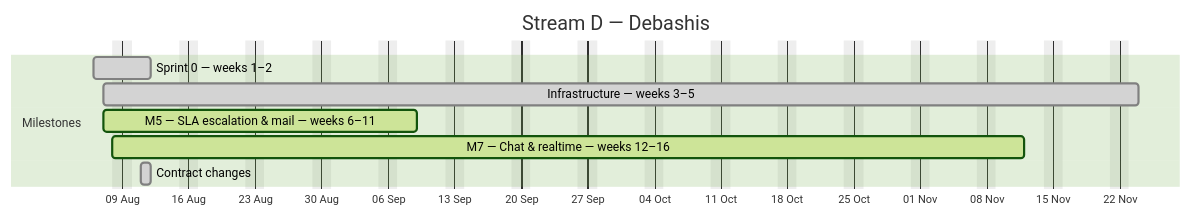
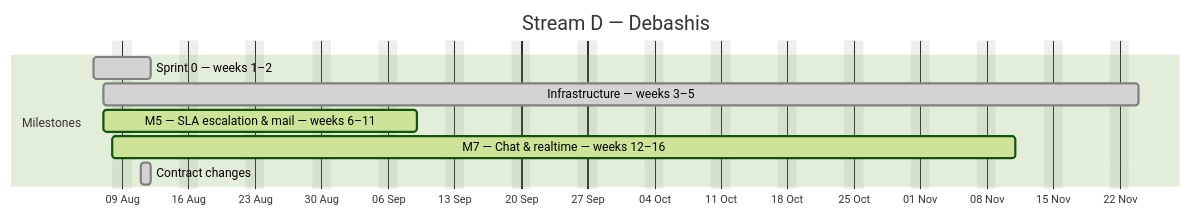
Before and after one commit to debashisedunext/EduTrack: the fourth of 4 diagrams in docs/plan/GANTT.md, drawn with Mermaid (forest theme). The commit also changed other lines of this file and 3 other files, not shown here.

````diff
--- a/docs/plan/GANTT.md
+++ b/docs/plan/GANTT.md
@@ -167,13 +167,13 @@
 ```mermaid
 gantt
     dateFormat YYYY-MM-DD
     axisFormat %d %b
     title Stream D — Debashis
     excludes weekends
     section Milestones
     Sprint 0 — weeks 1–2 :done, d0, 2026-08-06, 4d
     Infrastructure — weeks 3–5 :done, d1, 2026-08-07, 77d
     M5 — SLA  escalation & mail — weeks 6–11 :active, d2, 2026-08-07, 23d
-    M7 — Chat & realtime — weeks 12–16 :active, d3, 2026-08-08, 69d
+    M7 — Chat & realtime — weeks 12–16 :active, d3, 2026-08-08, 68d
     Contract changes :done, d4, 2026-08-11, 1d
 ```
````
